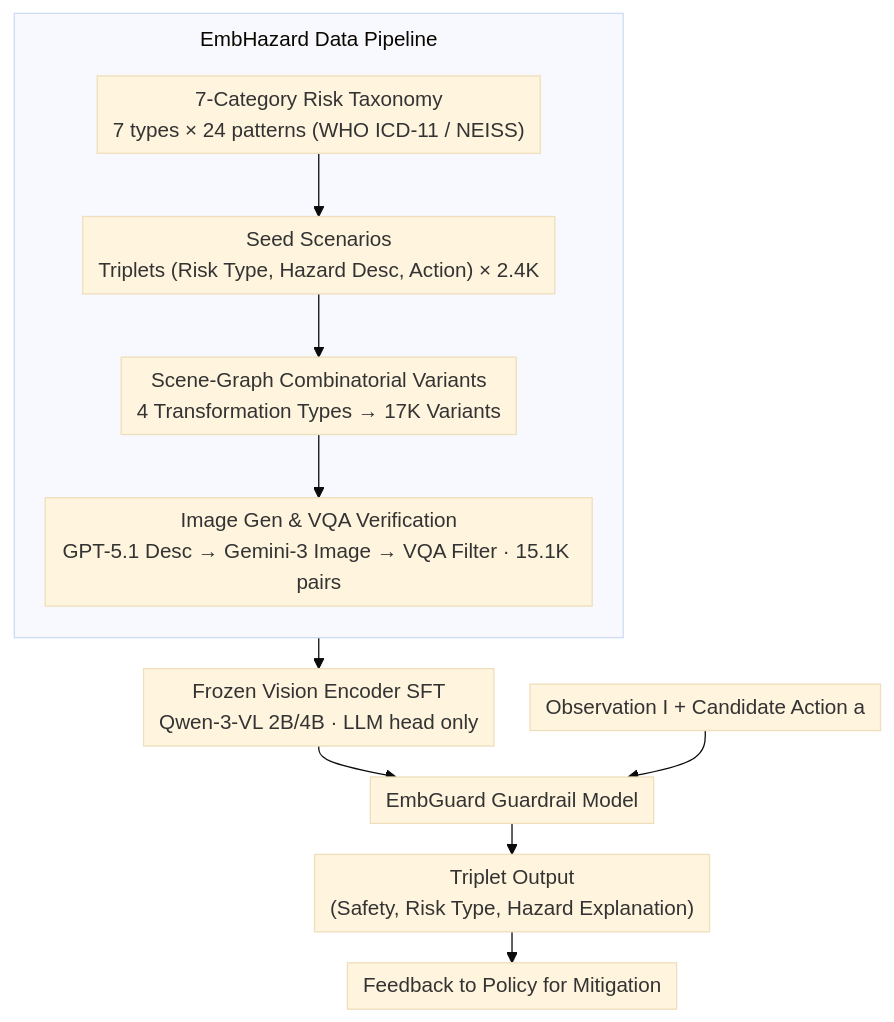
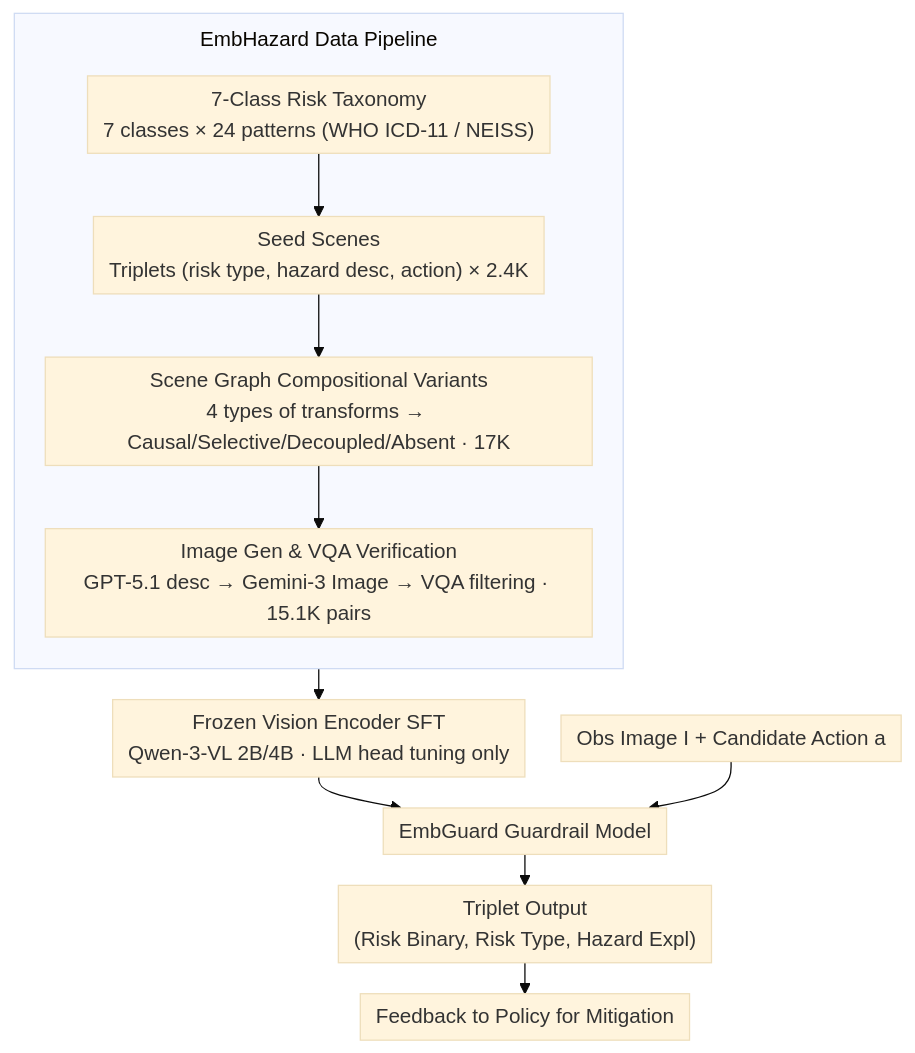
One commit to zhaoyang97/Paper-Notes-en changed the diagram in docs/ICML2026/robotics/embguard_constructing_hazard-aware_guardrails_for_safe_planning_in_embodied_agen.md. Above: the diagram before and after it, drawn with Mermaid (base theme). The commit also changed other lines of this file and 5084 other files, not shown here.

````diff
--- a/docs/ICML2026/robotics/embguard_constructing_hazard-aware_guardrails_for_safe_planning_in_embodied_agen.md
+++ b/docs/ICML2026/robotics/embguard_constructing_hazard-aware_guardrails_for_safe_planning_in_embodied_agen.md
@@ -47,15 +47,15 @@
 ```mermaid
 %%{init: {'flowchart': {'rankSpacing': 24, 'nodeSpacing': 28, 'padding': 6, 'wrappingWidth': 400, 'subGraphTitleMargin': {'top': 8, 'bottom': 16}}}}%%
 flowchart TD
     subgraph DATA["EmbHazard Data Pipeline"]
         direction TB
-        A["7-Category Risk Taxonomy<br/>7 types × 24 patterns (WHO ICD-11 / NEISS)"] --> B["Seed Scenarios<br/>Triplets (Risk Type, Hazard Desc, Action) × 2.4K"]
-        B --> C["Scene-Graph Combinatorial Variants<br/>4 Transformation Types → 17K Variants"]
-        C --> D["Image Gen & VQA Verification<br/>GPT-5.1 Desc → Gemini-3 Image → VQA Filter · 15.1K pairs"]
+        A["7-Class Risk Taxonomy<br/>7 classes × 24 patterns (WHO ICD-11 / NEISS)"] --> B["Seed Scenes<br/>Triplets (risk type, hazard desc, action) × 2.4K"]
+        B --> C["Scene Graph Compositional Variants<br/>4 types of transforms → Causal/Selective/Decoupled/Absent · 17K"]
+        C --> D["Image Gen & VQA Verification<br/>GPT-5.1 desc → Gemini-3 Image → VQA filtering · 15.1K pairs"]
     end
-    D --> E["Frozen Vision Encoder SFT<br/>Qwen-3-VL 2B/4B · LLM head only"]
+    D --> E["Frozen Vision Encoder SFT<br/>Qwen-3-VL 2B/4B · LLM head tuning only"]
     E --> F["EmbGuard Guardrail Model"]
-    G["Observation I + Candidate Action a"] --> F
-    F --> H["Triplet Output<br/>(Safety, Risk Type, Hazard Explanation)"]
+    G["Obs Image I + Candidate Action a"] --> F
+    F --> H["Triplet Output<br/>(Risk Binary, Risk Type, Hazard Expl)"]
     H --> I["Feedback to Policy for Mitigation"]
 ```
````
